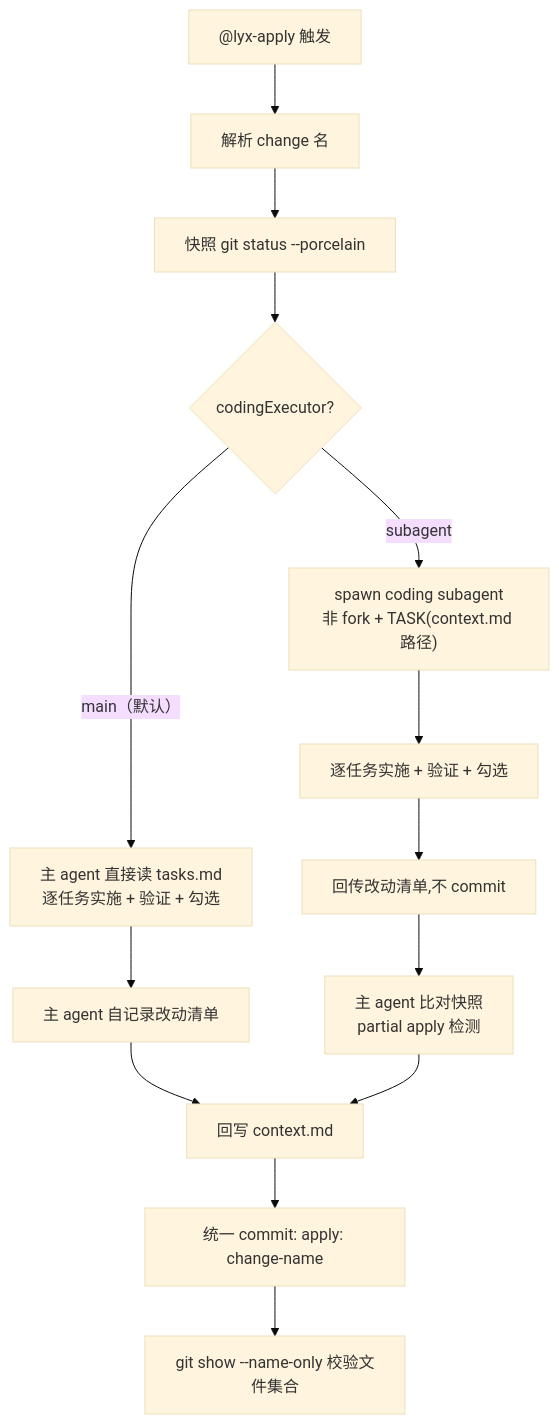
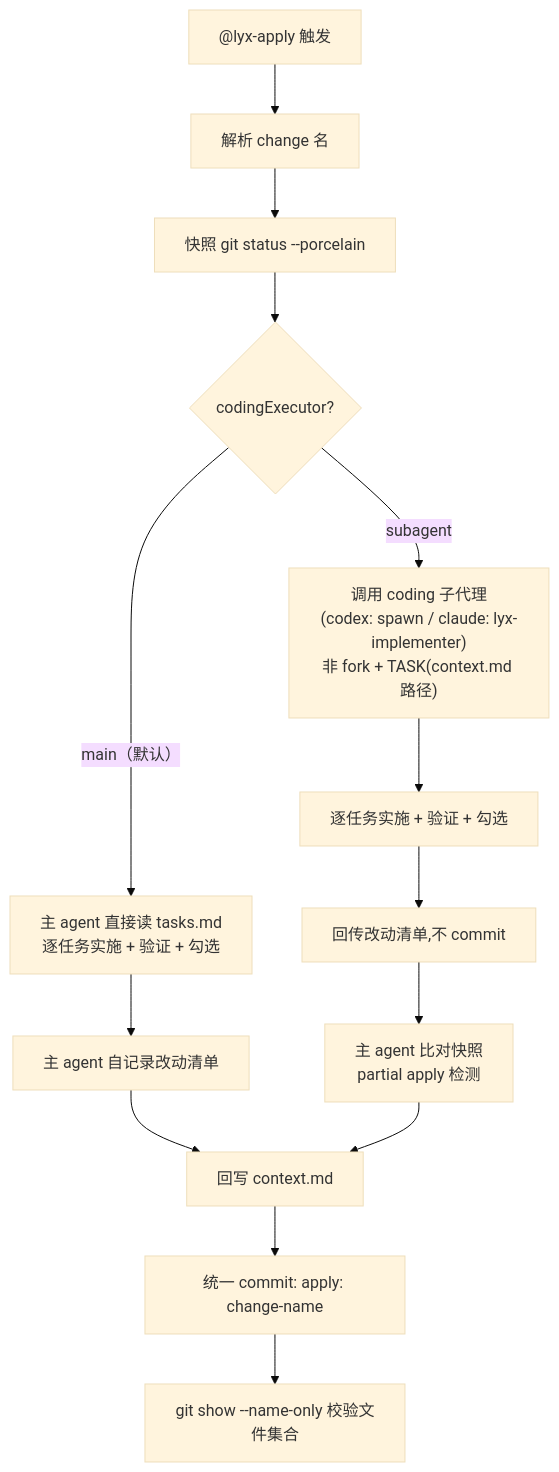
One commit to FE-runner/ly-workflow-codex changed the third of 4 diagrams in workflow.md. Above: the diagram before and after it, drawn with Mermaid (base theme). The commit also changed other lines of this file and 114 other files, not shown here.

````diff
--- a/workflow.md
+++ b/workflow.md
@@ -77,19 +79,19 @@
 ```mermaid
 flowchart TD
     AStart["@lyx-apply 触发"] --> Resolve["解析 change 名"]
     Resolve --> Snapshot["快照 git status --porcelain"]
     Snapshot --> AExec{"codingExecutor?"}
 
     AExec -->|main（默认）| AM1["主 agent 直接读 tasks.md<br/>逐任务实施 + 验证 + 勾选"]
     AM1 --> AM2["主 agent 自记录改动清单"]
 
-    AExec -->|subagent| AS1["spawn coding subagent<br/>非 fork + TASK(context.md 路径)"]
+    AExec -->|subagent| AS1["调用 coding 子代理<br/>(codex: spawn / claude: lyx-implementer)<br/>非 fork + TASK(context.md 路径)"]
     AS1 --> AS2["逐任务实施 + 验证 + 勾选"]
     AS2 --> AS3["回传改动清单,不 commit"]
     AS3 --> AS4["主 agent 比对快照<br/>partial apply 检测"]
 
     AM2 --> ACtx["回写 context.md"]
     AS4 --> ACtx
     ACtx --> ACommit["统一 commit: apply: change-name"]
     ACommit --> AVerify["git show --name-only 校验文件集合"]
 ```
````
